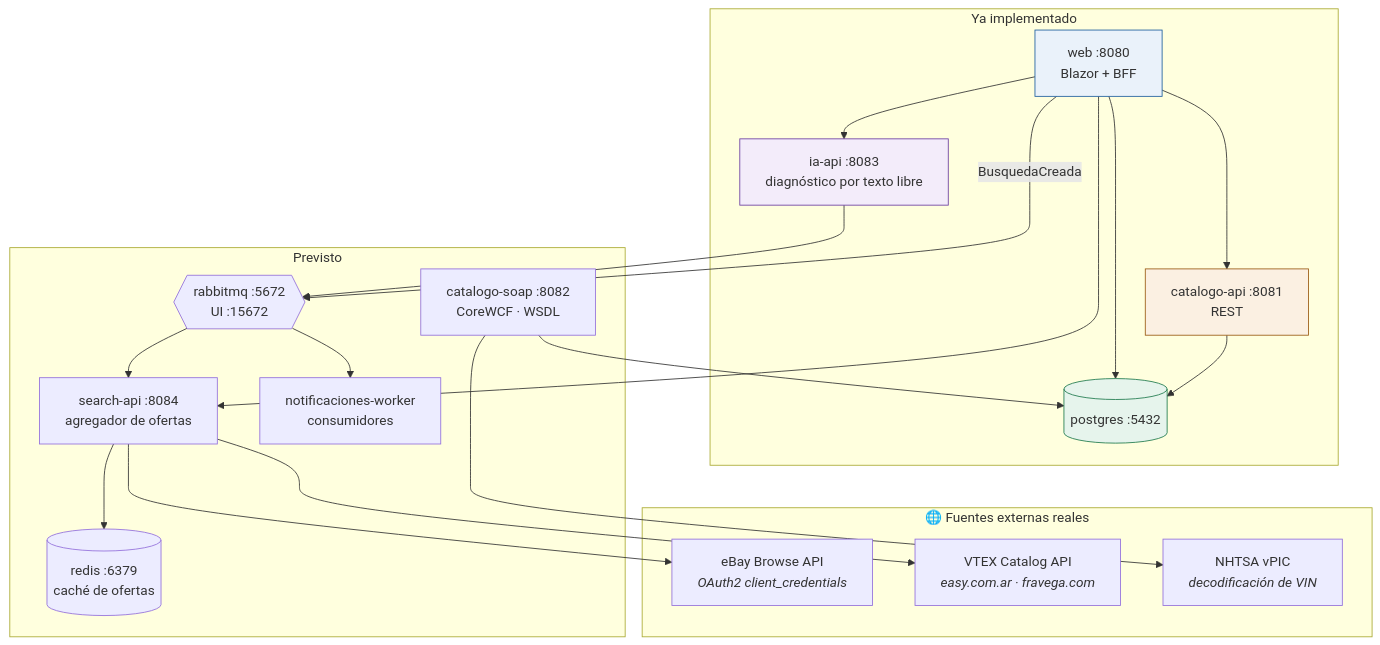
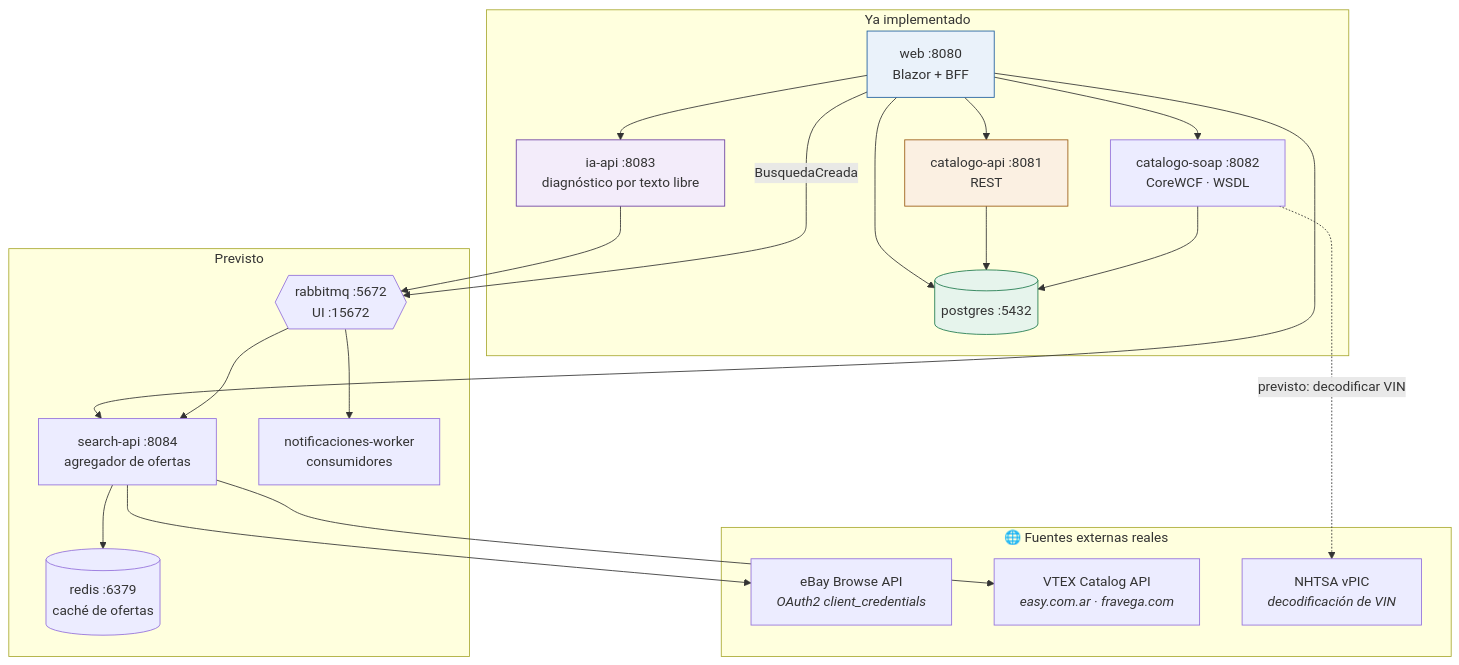
Before and after one commit to lfb-00/tp-apps-2: the second of 2 diagrams in docs/diagramas/despliegue.md, drawn with Mermaid. The commit also changed other lines of this file and 55 other files, not shown here.

````diff
--- a/docs/diagramas/despliegue.md
+++ b/docs/diagramas/despliegue.md
@@ -96,43 +109,44 @@
 ```mermaid
 flowchart TB
     subgraph implementado["Ya implementado"]
         W["web :8080<br/>Blazor + BFF"]
         A["catalogo-api :8081<br/>REST"]
         IA["ia-api :8083<br/>diagnóstico por texto libre"]
+        SOAP["catalogo-soap :8082<br/>CoreWCF · WSDL"]
         P[("postgres :5432")]
     end
 
     subgraph previsto["Previsto"]
         S["search-api :8084<br/>agregador de ofertas"]
-        SOAP["catalogo-soap :8082<br/>CoreWCF · WSDL"]
         WK["notificaciones-worker<br/>consumidores"]
         MQ{{"rabbitmq :5672<br/>UI :15672"}}
         R[("redis :6379<br/>caché de ofertas")]
     end
 
     subgraph externo["🌐 Fuentes externas reales"]
         EB["eBay Browse API<br/><i>OAuth2 client_credentials</i>"]
         VT["VTEX Catalog API<br/><i>easy.com.ar · fravega.com</i>"]
         VP["NHTSA vPIC<br/><i>decodificación de VIN</i>"]
     end
 
     W --> A
     W --> S
     W --> IA
+    W --> SOAP
     W --> P
     A --> P
     S --> R
     S --> EB
     S --> VT
     SOAP --> P
-    SOAP --> VP
+    SOAP -. "previsto: decodificar VIN" .-> VP
     IA --> MQ
     W -- "BusquedaCreada" --> MQ
     MQ --> WK
     MQ --> S
 
     style W fill:#eaf2fa,stroke:#1f5f9e
     style A fill:#fbf0e2,stroke:#9a5b13
     style IA fill:#f3ecfa,stroke:#6b3fa0
     style P fill:#e6f4ec,stroke:#1f7a4d
 ```
````
